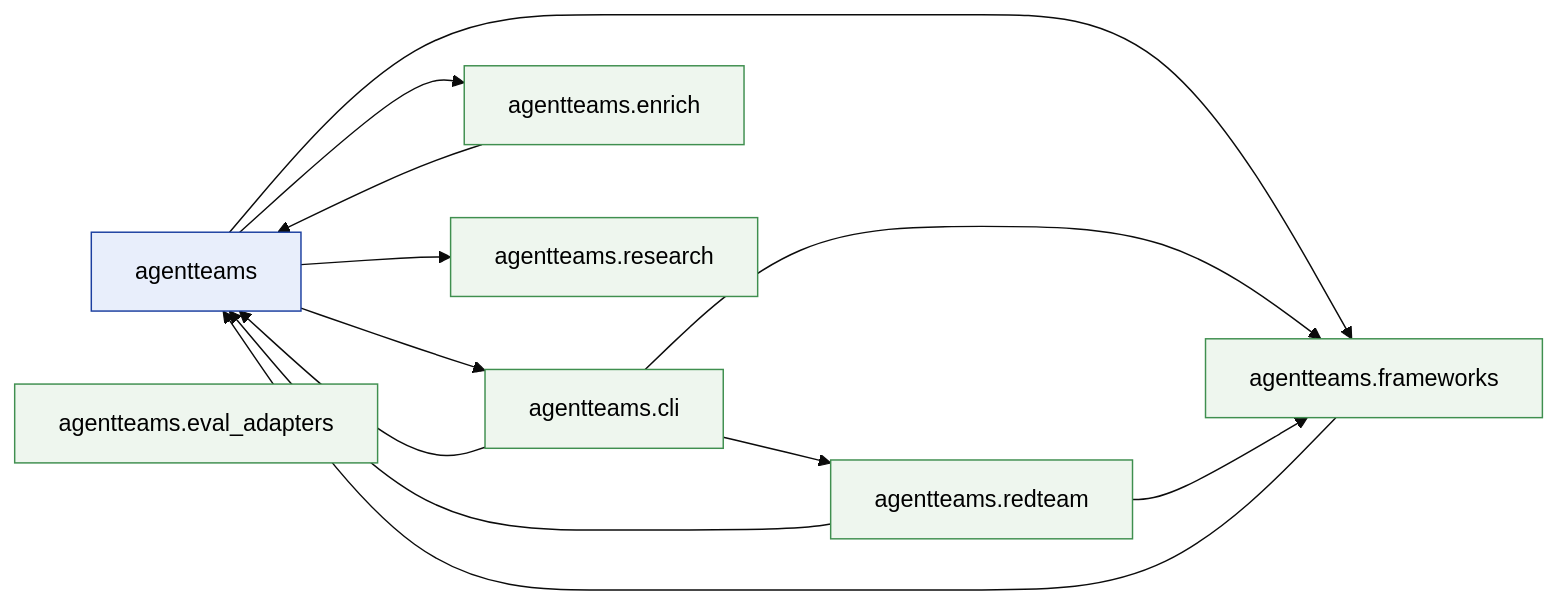
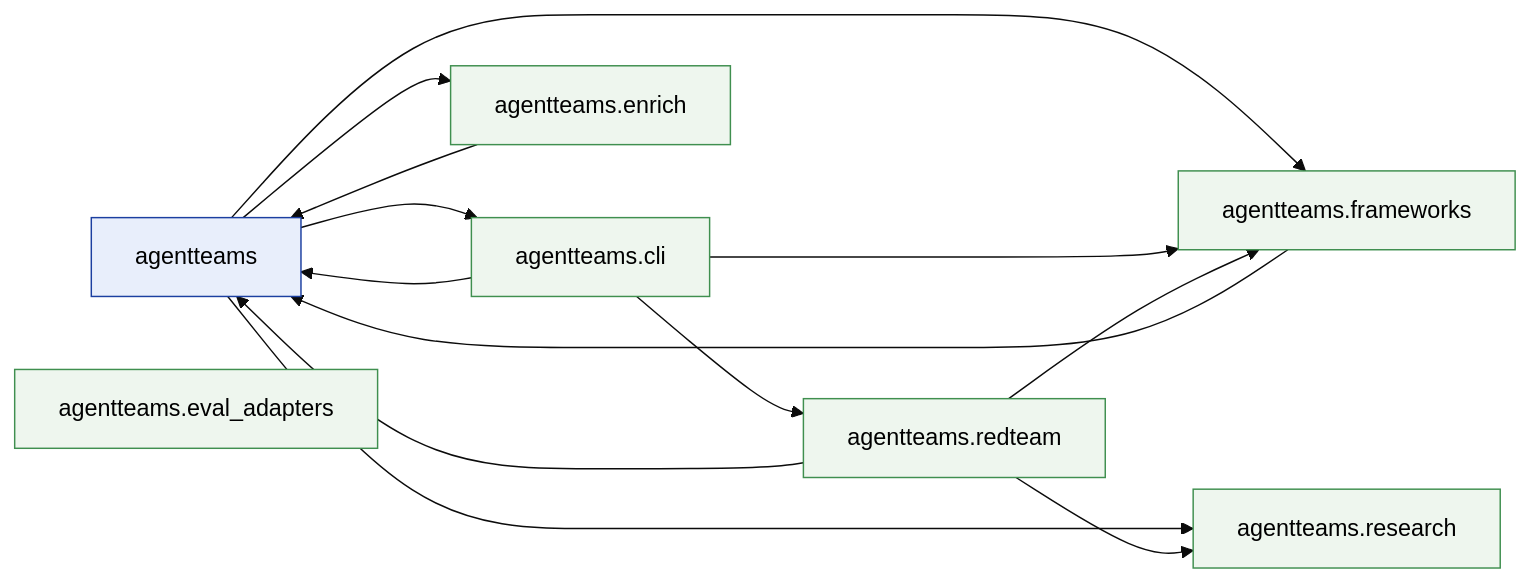
The first of 2 diagrams in references/architecture-graph.md (jlcatonjr/agentteams), drawn with Mermaid (base theme) before and after one commit. The commit also changed other lines of this file and 25 other files, not shown here.

````diff
--- a/references/architecture-graph.md
+++ b/references/architecture-graph.md
@@ -220,30 +223,31 @@
 ```mermaid
 flowchart LR
     classDef root fill:#e8eefb,stroke:#1b3fa0,color:#000
     classDef sub  fill:#eef6ee,stroke:#3f8f4f,color:#000
     agentteams["agentteams"]
     class agentteams root
     agentteams_cli["agentteams.cli"]
     class agentteams_cli sub
     agentteams_enrich["agentteams.enrich"]
     class agentteams_enrich sub
     agentteams_eval_adapters["agentteams.eval_adapters"]
     class agentteams_eval_adapters sub
     agentteams_frameworks["agentteams.frameworks"]
     class agentteams_frameworks sub
     agentteams_redteam["agentteams.redteam"]
     class agentteams_redteam sub
     agentteams_research["agentteams.research"]
     class agentteams_research sub
     agentteams --> agentteams_cli
     agentteams --> agentteams_enrich
     agentteams --> agentteams_frameworks
     agentteams --> agentteams_research
     agentteams_cli --> agentteams
     agentteams_cli --> agentteams_frameworks
     agentteams_cli --> agentteams_redteam
     agentteams_enrich --> agentteams
     agentteams_frameworks --> agentteams
     agentteams_redteam --> agentteams
     agentteams_redteam --> agentteams_frameworks
+    agentteams_redteam --> agentteams_research
 ```
````
